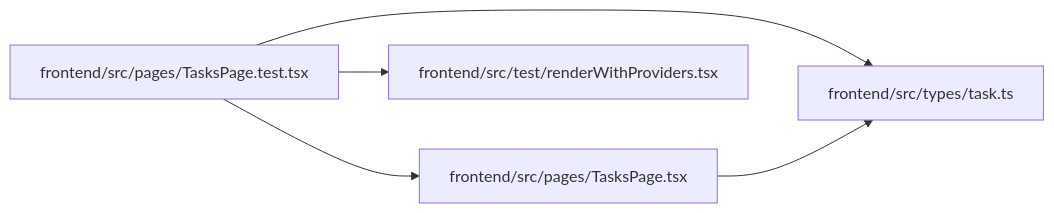
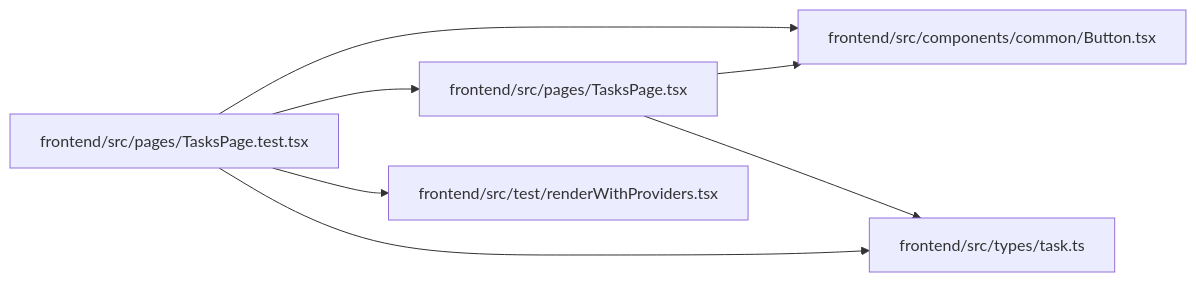
One commit to Denissvgn/WorkChord changed the diagram in docs/llm_wiki/modules/TasksPage.test.md. Above: the diagram before and after it, drawn with Mermaid. The commit also changed other lines of this file and 2373 other files, not shown here.

````diff
--- a/docs/llm_wiki/modules/TasksPage.test.md
+++ b/docs/llm_wiki/modules/TasksPage.test.md
@@ -33,15 +34,19 @@
 ```mermaid
 flowchart LR
-    n0["frontend/src/pages/TasksPage.test.tsx"]
-    n1["frontend/src/pages/TasksPage.tsx"]
-    n2["frontend/src/test/renderWithProviders.tsx"]
-    n3["frontend/src/types/task.ts"]
-    n0 --> n1
-    n0 --> n2
-    n0 --> n3
+    n0["frontend/src/components/common/Button.tsx"]
+    n1["frontend/src/pages/TasksPage.test.tsx"]
+    n2["frontend/src/pages/TasksPage.tsx"]
+    n3["frontend/src/test/renderWithProviders.tsx"]
+    n4["frontend/src/types/task.ts"]
+    n1 --> n0
+    n1 --> n2
     n1 --> n3
-    click n0 "../modules/TasksPage.test.md"
-    click n1 "../modules/TasksPage.md"
-    click n2 "../modules/renderWithProviders.md"
-    click n3 "../modules/types_task.md"
+    n1 --> n4
+    n2 --> n0
+    n2 --> n4
+    click n0 "../modules/Button.md"
+    click n1 "../modules/TasksPage.test.md"
+    click n2 "../modules/TasksPage.md"
+    click n3 "../modules/renderWithProviders.md"
+    click n4 "../modules/types_task.md"
 ```
````
